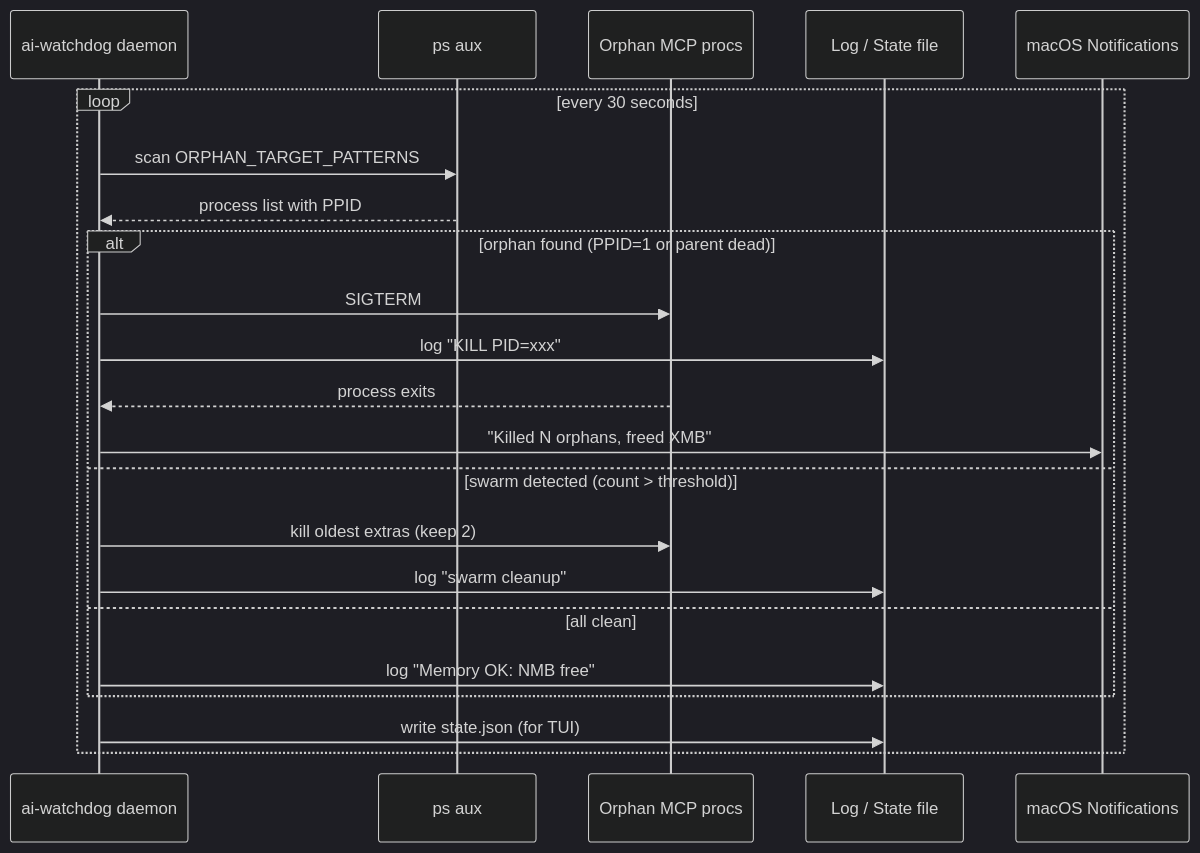
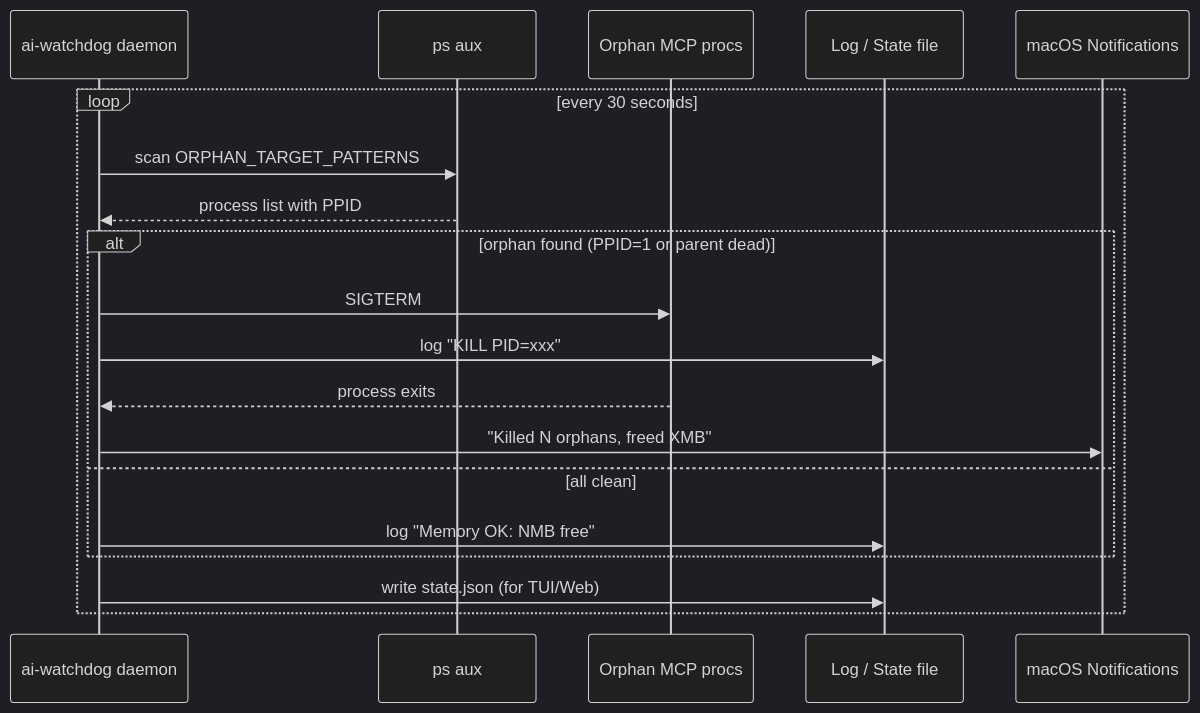
One commit to bianbiandashen/ai-watchdog changed the second of 6 diagrams in README.md. Above: the diagram before and after it, drawn with Mermaid (dark theme). The commit also changed other lines of this file and 6 other files, not shown here.

First line of the commit message:
feat: web dashboard, improved MCP process table, open-source README

````diff
--- a/README.md
+++ b/README.md
@@ -70,27 +103,24 @@
 ```mermaid
 sequenceDiagram
     participant WD as ai-watchdog daemon
     participant PS as ps aux
     participant MCP as Orphan MCP procs
     participant LOG as Log / State file
     participant NOTIFY as macOS Notifications
 
     loop every 30 seconds
         WD->>PS: scan ORPHAN_TARGET_PATTERNS
         PS-->>WD: process list with PPID
 
         alt orphan found (PPID=1 or parent dead)
             WD->>MCP: SIGTERM
             WD->>LOG: log "KILL PID=xxx"
             MCP-->>WD: process exits
             WD->>NOTIFY: "Killed N orphans, freed XMB"
-        else swarm detected (count > threshold)
-            WD->>MCP: kill oldest extras (keep 2)
-            WD->>LOG: log "swarm cleanup"
         else all clean
             WD->>LOG: log "Memory OK: NMB free"
         end
 
-        WD->>LOG: write state.json (for TUI)
+        WD->>LOG: write state.json (for TUI/Web)
     end
 ```
````
